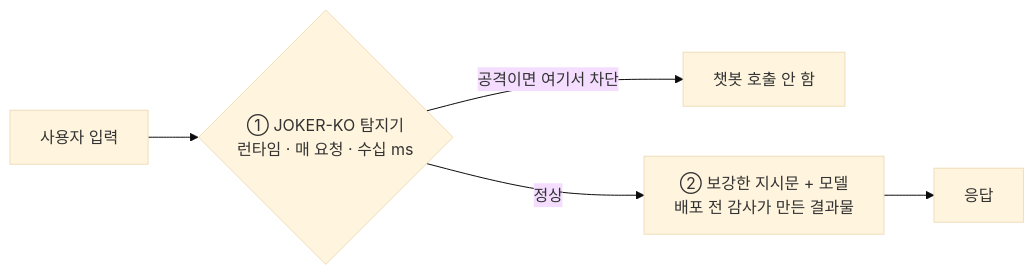
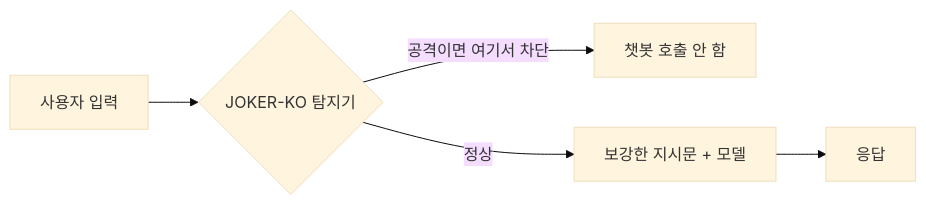
The third of 5 diagrams in README.md (2026-SMHRD-AIC-Agent-1/team_joker), drawn with Mermaid (base theme) before and after one commit. The commit also changed other lines of this file and 2 other files, not shown here.

First line of the commit message:
fix(ui): 진단 엔진과 JOKER-KO 탐지기의 관계를 리포트 전면으로 꺼내고, 잘못 그린 직렬 구조를 바로잡음

````diff
--- a/README.md
+++ b/README.md
@@ -76,7 +107,7 @@
 ```mermaid
 flowchart LR
-    U["사용자 입력"] --> L1{"① JOKER-KO 탐지기<br/>런타임 · 매 요청 · 수십 ms"}
-    L1 -->|"공격이면 여기서 차단"| X["챗봇 호출 안 함"]
-    L1 -->|정상| L2["② 보강한 지시문 + 모델<br/>배포 전 감사가 만든 결과물"]
-    L2 --> R["응답"]
+    U["사용자 입력"] --> K{"JOKER-KO 탐지기"}
+    K -->|"공격이면 여기서 차단"| X["챗봇 호출 안 함"]
+    K -->|정상| M["보강한 지시문 + 모델"]
+    M --> R["응답"]
 ```
````
